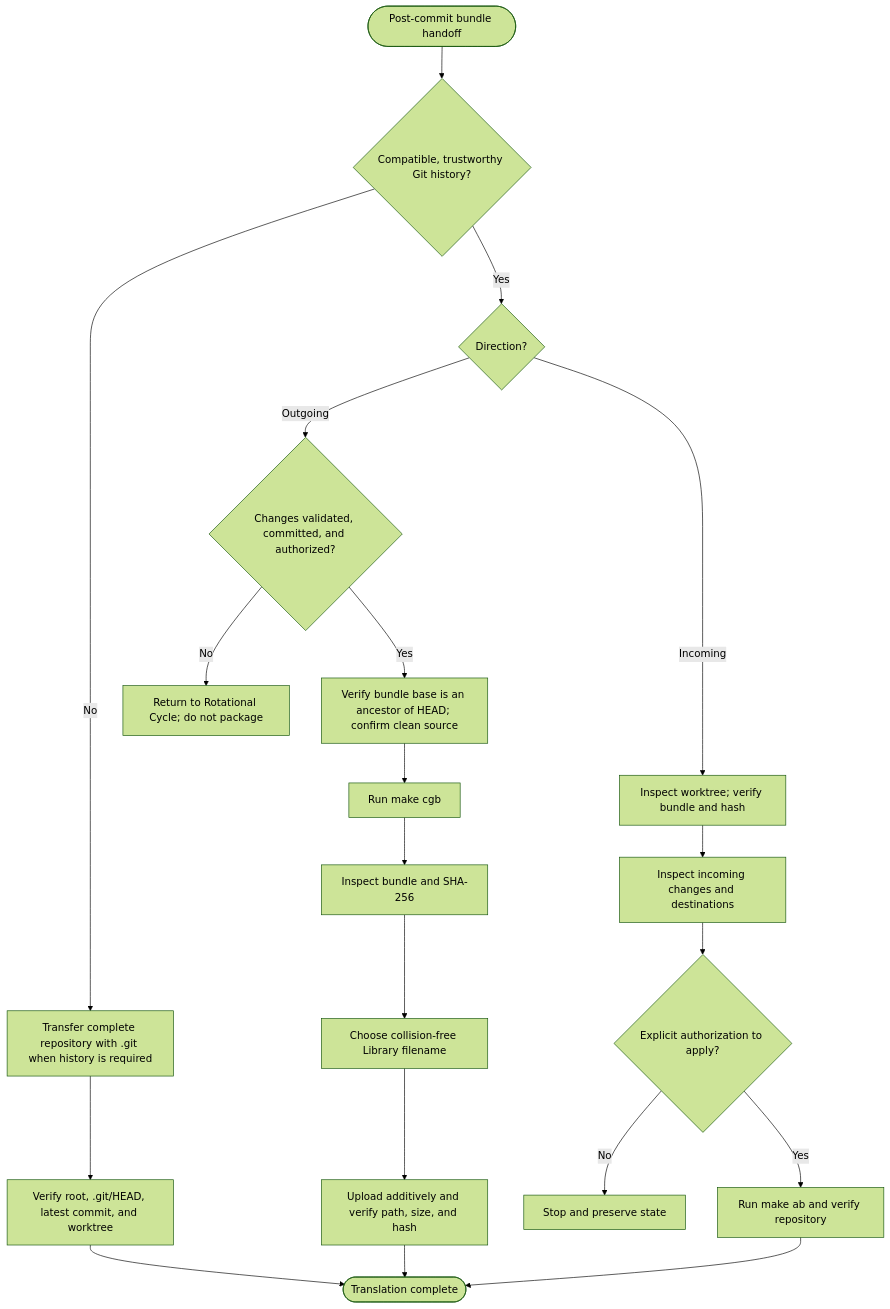
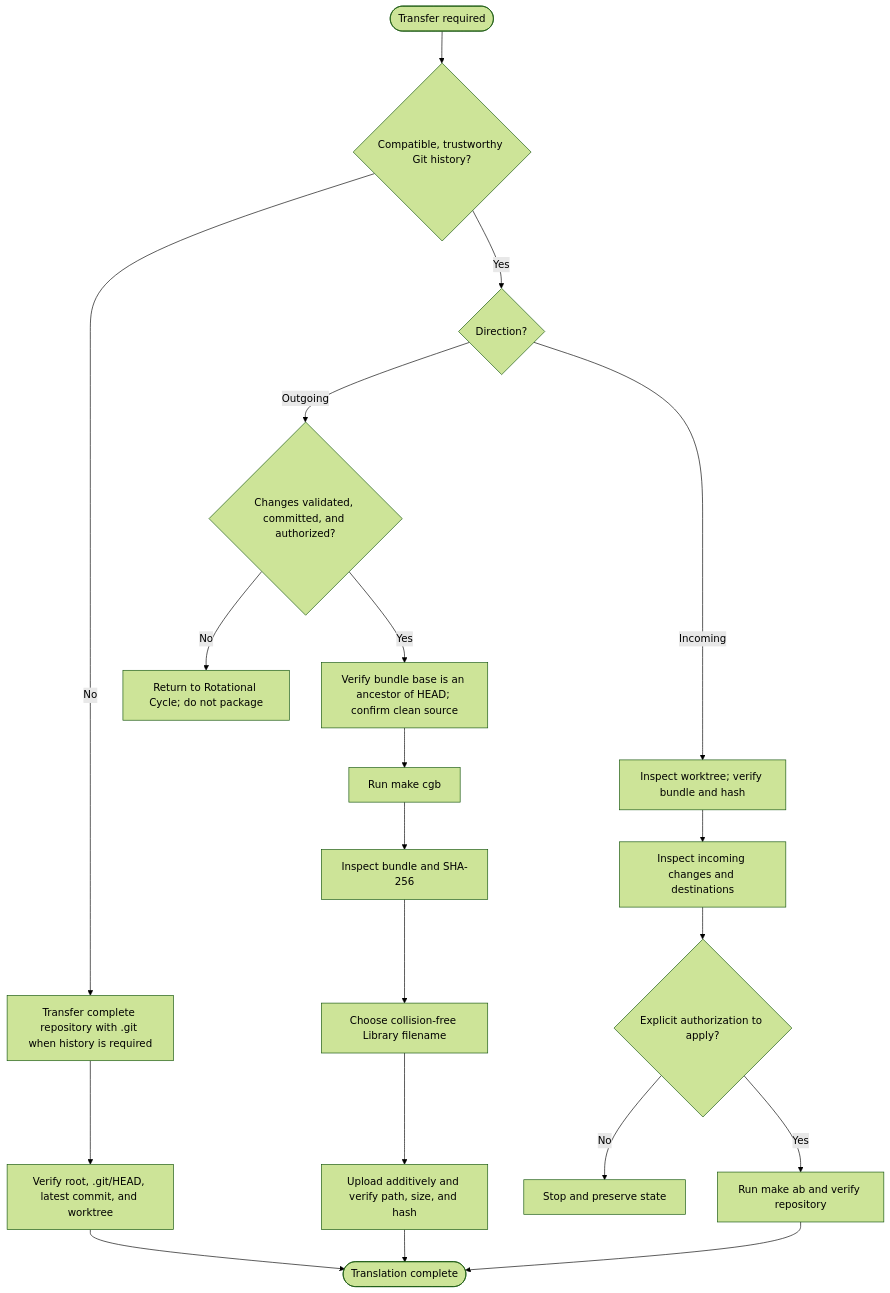
One commit to TheInternetTutor/trading_intel changed the second of 2 diagrams in README.md. Above: the diagram before and after it, drawn with Mermaid (forest theme). The commit also changed other lines of this file and 5 other files, not shown here.

````diff
--- a/README.md
+++ b/README.md
@@ -45,22 +42,22 @@
 ```mermaid
 flowchart TD
-    A([Post-commit bundle handoff]) --> B{Compatible, trustworthy Git history?}
+    A([Transfer required]) --> B{Compatible, trustworthy Git history?}
     B -- No --> C[Transfer complete repository with .git when history is required]
     C --> D[Verify root, .git/HEAD, latest commit, and worktree]
     D --> Z([Translation complete])
     B -- Yes --> E{Direction?}
     E -- Outgoing --> F{Changes validated, committed, and authorized?}
     F -- No --> G[Return to Rotational Cycle; do not package]
     F -- Yes --> H[Verify bundle base is an ancestor of HEAD; confirm clean source]
     H --> I[Run make cgb]
     I --> J[Inspect bundle and SHA-256]
     J --> K[Choose collision-free Library filename]
     K --> L[Upload additively and verify path, size, and hash]
     L --> Z
     E -- Incoming --> M[Inspect worktree; verify bundle and hash]
     M --> N[Inspect incoming changes and destinations]
     N --> O{Explicit authorization to apply?}
     O -- No --> P[Stop and preserve state]
     O -- Yes --> Q[Run make ab and verify repository]
     Q --> Z
 ```
````
